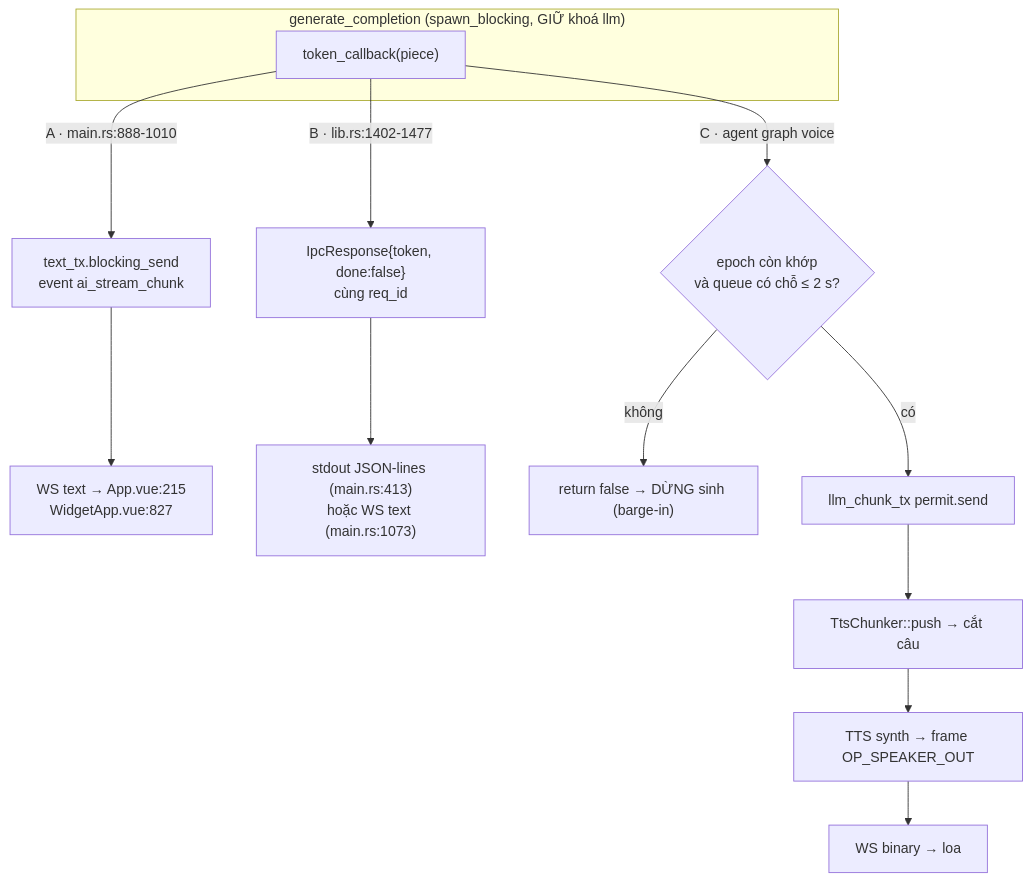
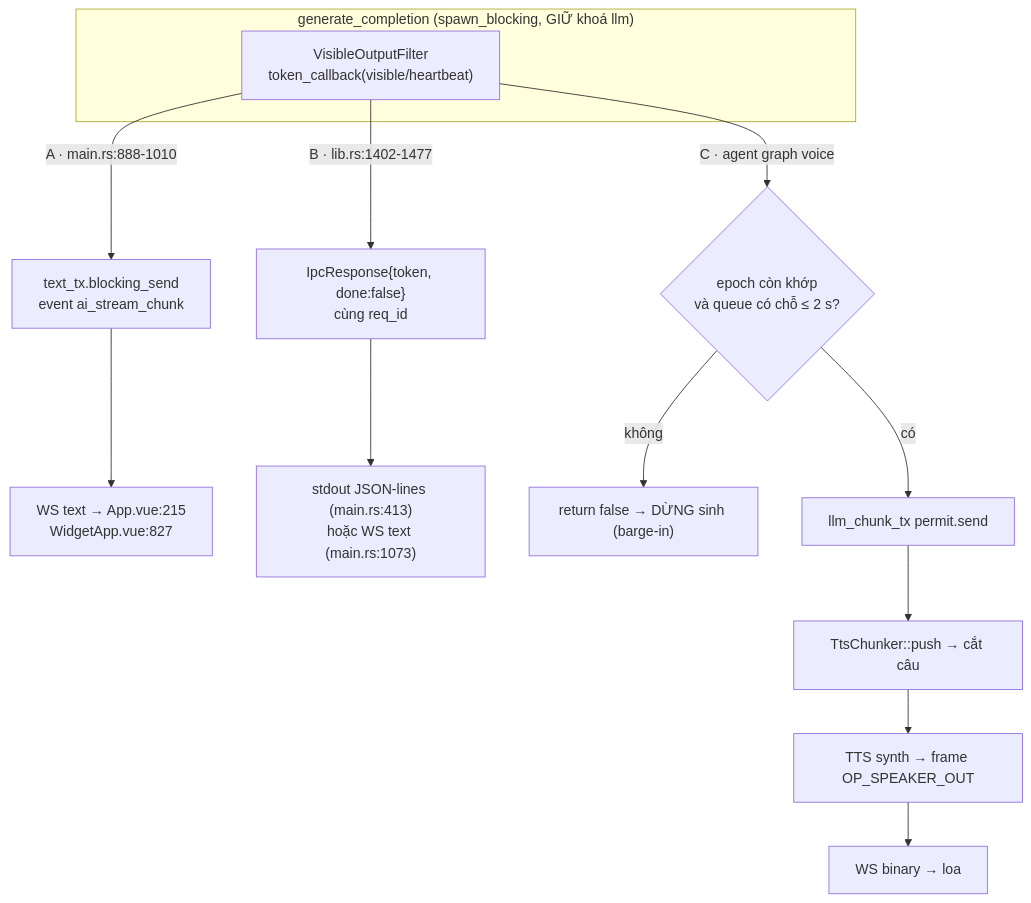
One commit to DuongNAD/LIVA changed the fifth of 5 diagrams in docs/01-ban-ve/04-he-llm-va-prompt.md. Above: the diagram before and after it, drawn with Mermaid. The commit also changed other lines of this file and 104 other files, not shown here.

````diff
--- a/docs/01-ban-ve/04-he-llm-va-prompt.md
+++ b/docs/01-ban-ve/04-he-llm-va-prompt.md
@@ -918,19 +935,19 @@
 ```mermaid
 flowchart TD
     subgraph GEN["generate_completion (spawn_blocking, GIỮ khoá llm)"]
-        G["token_callback(piece)"]
+        G["VisibleOutputFilter<br/>token_callback(visible/heartbeat)"]
     end
 
     G -->|"A · main.rs:888-1010"| A1["text_tx.blocking_send<br/>event ai_stream_chunk"]
     A1 --> A2["WS text → App.vue:215<br/>WidgetApp.vue:827"]
 
     G -->|"B · lib.rs:1402-1477"| B1["IpcResponse{token, done:false}<br/>cùng req_id"]
     B1 --> B2["stdout JSON-lines (main.rs:413)<br/>hoặc WS text (main.rs:1073)"]
 
     G -->|"C · agent graph voice"| C0{"epoch còn khớp<br/>và queue có chỗ ≤ 2 s?"}
     C0 -- không --> C1["return false → DỪNG sinh (barge-in)"]
     C0 -- có --> C2["llm_chunk_tx permit.send"]
     C2 --> C3["TtsChunker::push → cắt câu"]
     C3 --> C4["TTS synth → frame OP_SPEAKER_OUT"]
     C4 --> C5["WS binary → loa"]
 ```
````
